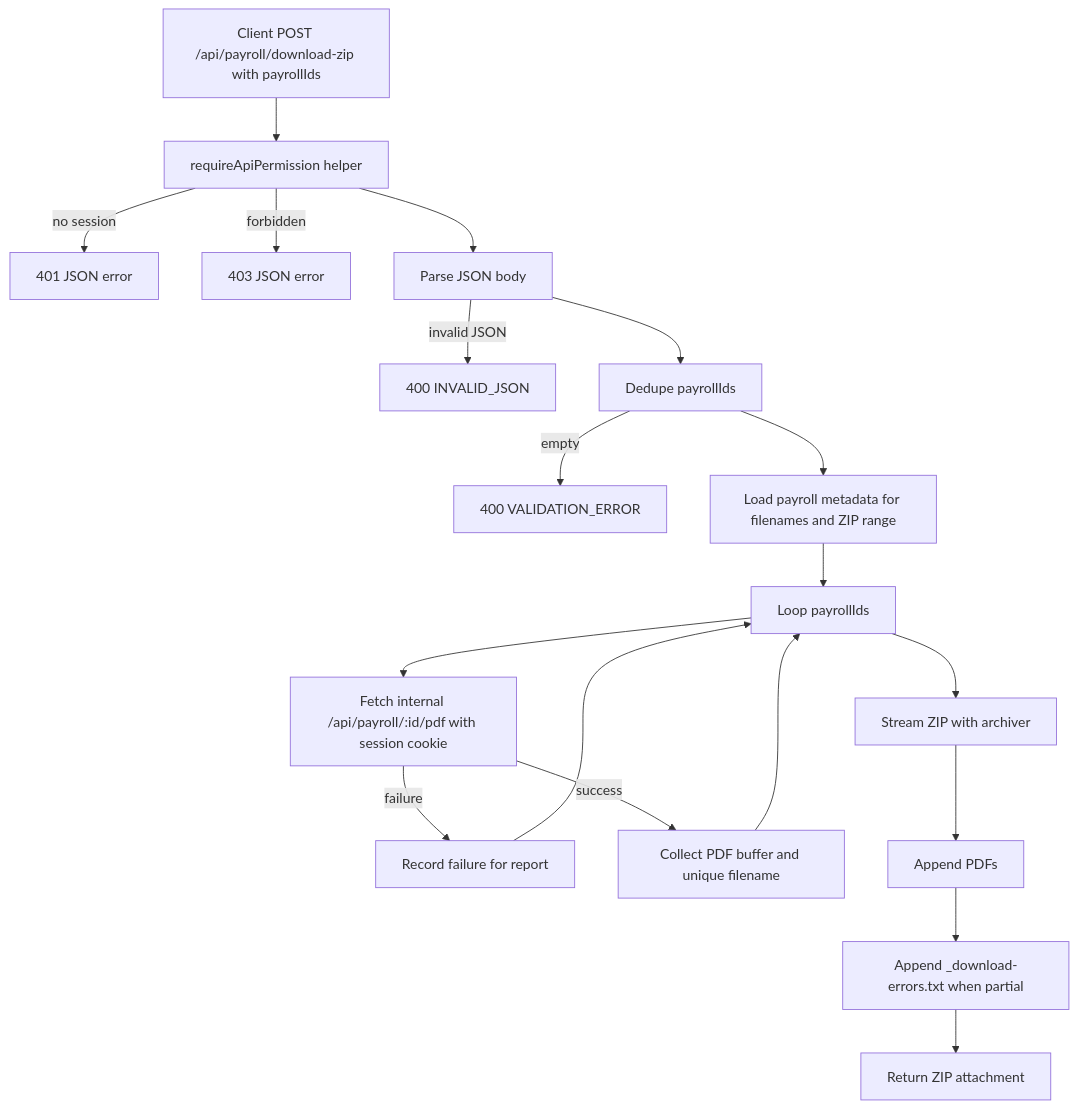
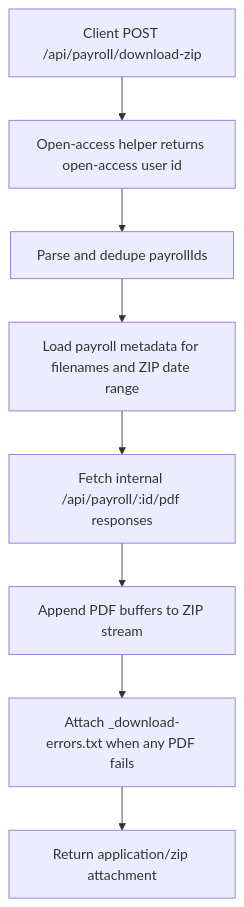
The fifth of 5 diagrams in .codex/docs/api-workflows.md (daniellim922/One-Laundry-Project-Alpha-v1), drawn with Mermaid before and after one commit. The commit also changed other lines of this file and 7 other files, not shown here.

````diff
--- a/.codex/docs/api-workflows.md
+++ b/.codex/docs/api-workflows.md
@@ -251,21 +86,10 @@
 ```mermaid
 flowchart TD
-    A[Client POST /api/payroll/download-zip with payrollIds] --> B[requireApiPermission helper]
-    B -->|no session| C[401 JSON error]
-    B -->|forbidden| D[403 JSON error]
-    B --> E[Parse JSON body]
-    E -->|invalid JSON| F[400 INVALID_JSON]
-    E --> G[Dedupe payrollIds]
-    G -->|empty| H[400 VALIDATION_ERROR]
-    G --> I[Load payroll metadata for filenames and ZIP range]
-    I --> J[Loop payrollIds]
-    J --> K[Fetch internal /api/payroll/:id/pdf with session cookie]
-    K -->|failure| L[Record failure for report]
-    K -->|success| M[Collect PDF buffer and unique filename]
-    M --> J
-    L --> J
-    J --> N[Stream ZIP with archiver]
-    N --> O[Append PDFs]
-    O --> P[Append _download-errors.txt when partial]
-    P --> Q[Return ZIP attachment]
+    A[Client POST /api/payroll/download-zip] --> B[Open-access helper returns open-access user id]
+    B --> C[Parse and dedupe payrollIds]
+    C --> D[Load payroll metadata for filenames and ZIP date range]
+    D --> E[Fetch internal /api/payroll/:id/pdf responses]
+    E --> F[Append PDF buffers to ZIP stream]
+    F --> G[Attach _download-errors.txt when any PDF fails]
+    G --> H[Return application/zip attachment]
 ```
````
